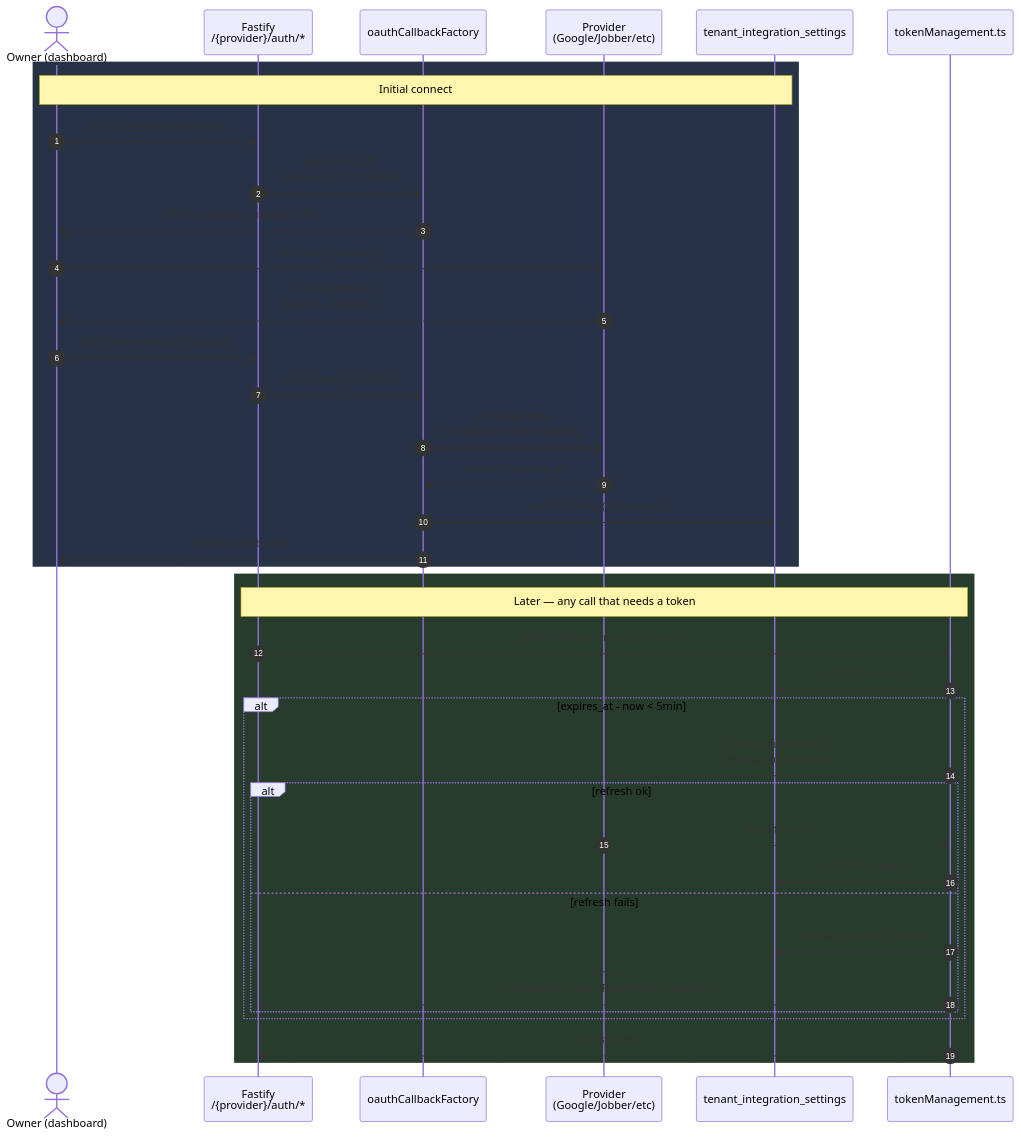
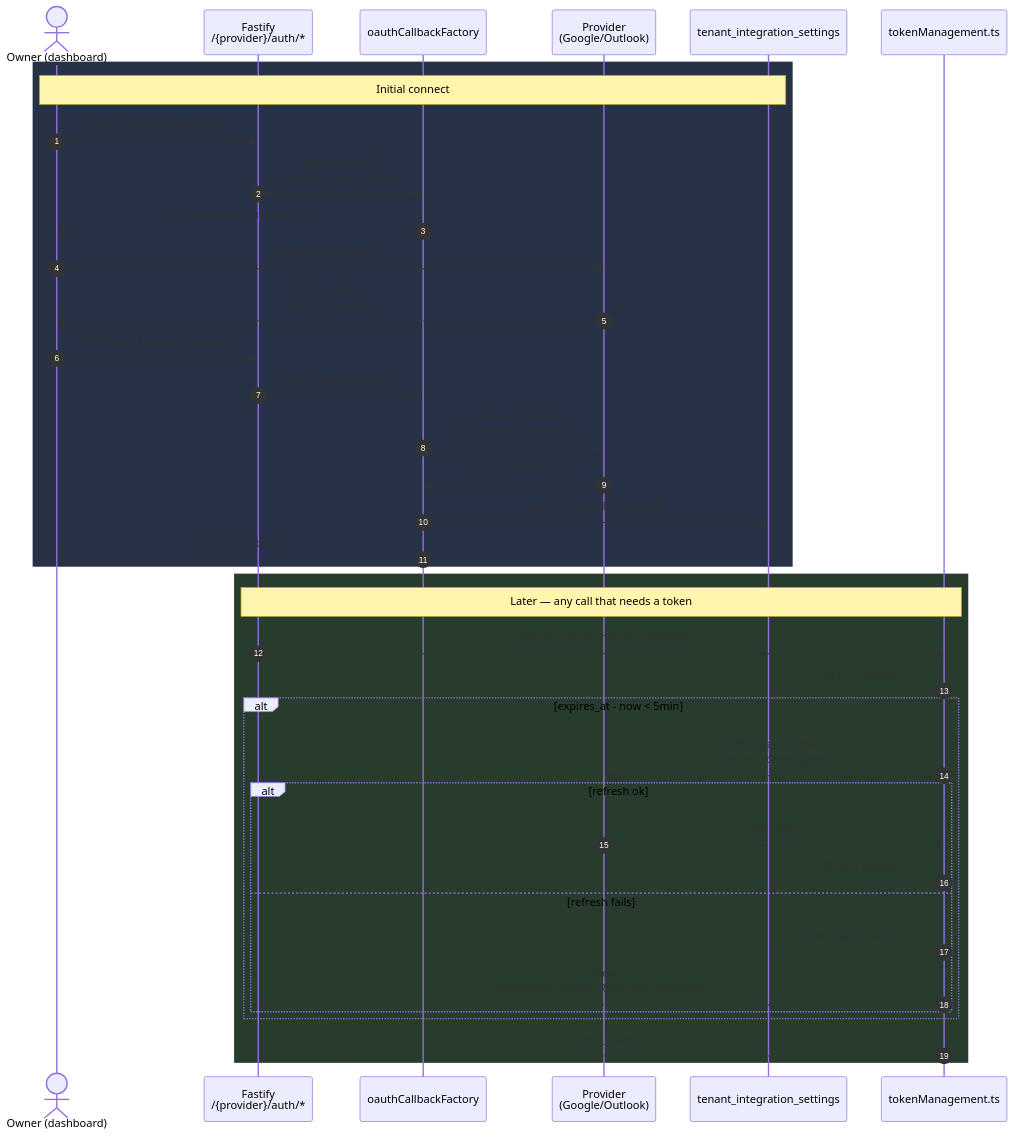
The sixth of 11 diagrams in docs/DIAGRAMS.md (ddemott/ai-sec), drawn with Mermaid before and after one commit. The commit also changed other lines of this file and 21 other files, not shown here.

````diff
--- a/docs/DIAGRAMS.md
+++ b/docs/DIAGRAMS.md
@@ -379,42 +379,42 @@
 ```mermaid
 sequenceDiagram
   autonumber
   actor Owner as Owner (dashboard)
   participant API as Fastify<br/>/{provider}/auth/*
   participant Factory as oauthCallbackFactory
-  participant Provider as Provider<br/>(Google/Jobber/etc)
+  participant Provider as Provider<br/>(Google/Outlook)
   participant DB as tenant_integration_settings
   participant Token as tokenManagement.ts
 
   rect rgb(40, 50, 70)
     Note over Owner,DB: Initial connect
     Owner->>API: GET /{provider}/auth/start
     API->>Factory: sign state JWT<br/>(tenant_id, csrf_nonce)
     Factory-->>Owner: 302 to provider authorize URL
     Owner->>Provider: authorize (browser)
     Provider-->>Owner: 302 to callback<br/>?code=...&state=...
     Owner->>API: GET /{provider}/auth/callback
     API->>Factory: verify state JWT (CSRF)
     Factory->>Provider: exchange code<br/>for access+refresh tokens
     Provider-->>Factory: tokens + expires_in
     Factory->>DB: upsert tokens (RLS-scoped)
     Factory-->>Owner: 302 to dashboard
   end
 
   rect rgb(40, 60, 45)
     Note over API,Token: Later — any call that needs a token
     API->>Token: getValidToken(tenantId, provider)
     Token->>DB: SELECT tokens
     alt expires_at - now < 5min
       Token->>Provider: POST /oauth/token<br/>(refresh_token grant)
       alt refresh ok
         Provider-->>Token: fresh tokens
         Token->>DB: UPDATE tokens
       else refresh fails
         Token->>DB: UPDATE is_active = false
         Token-->>API: throw<br/>(dashboard shows "Reconnect required")
       end
     end
     Token-->>API: access_token
   end
 ```
````
